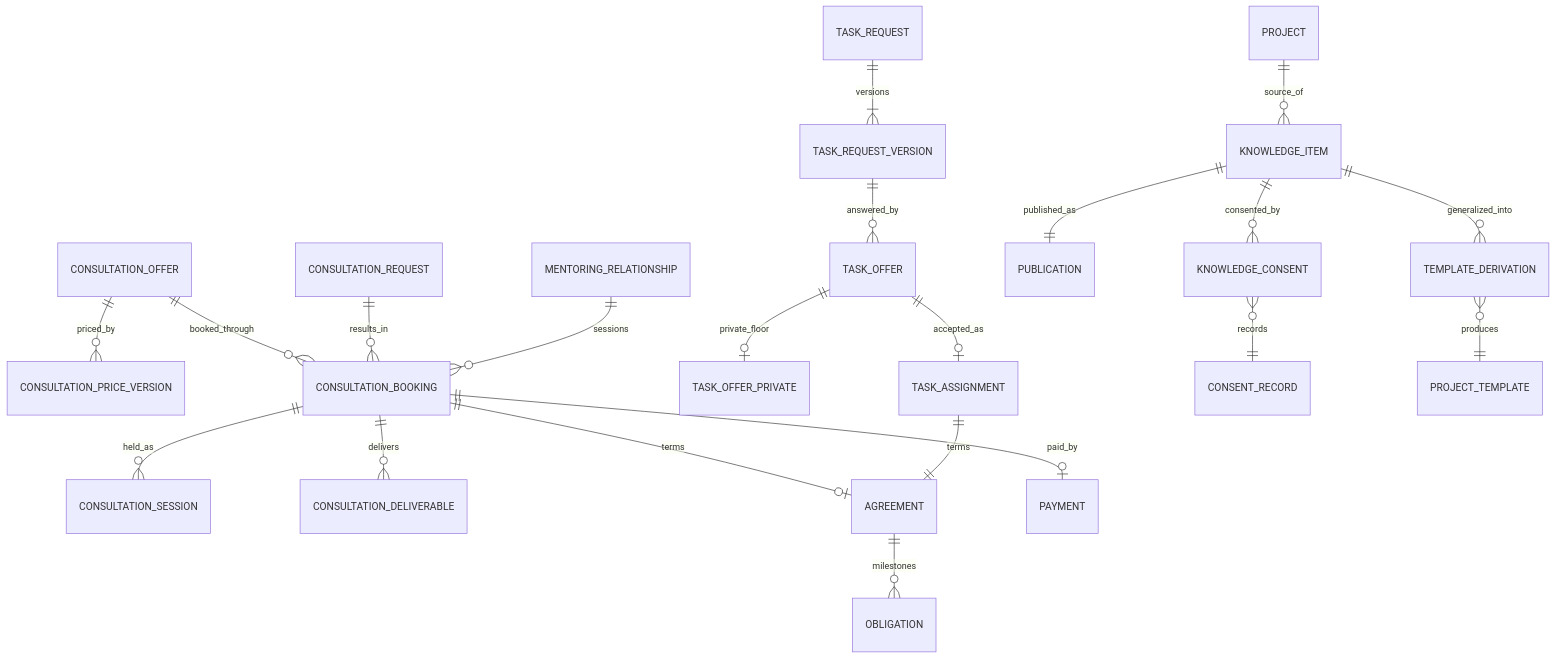
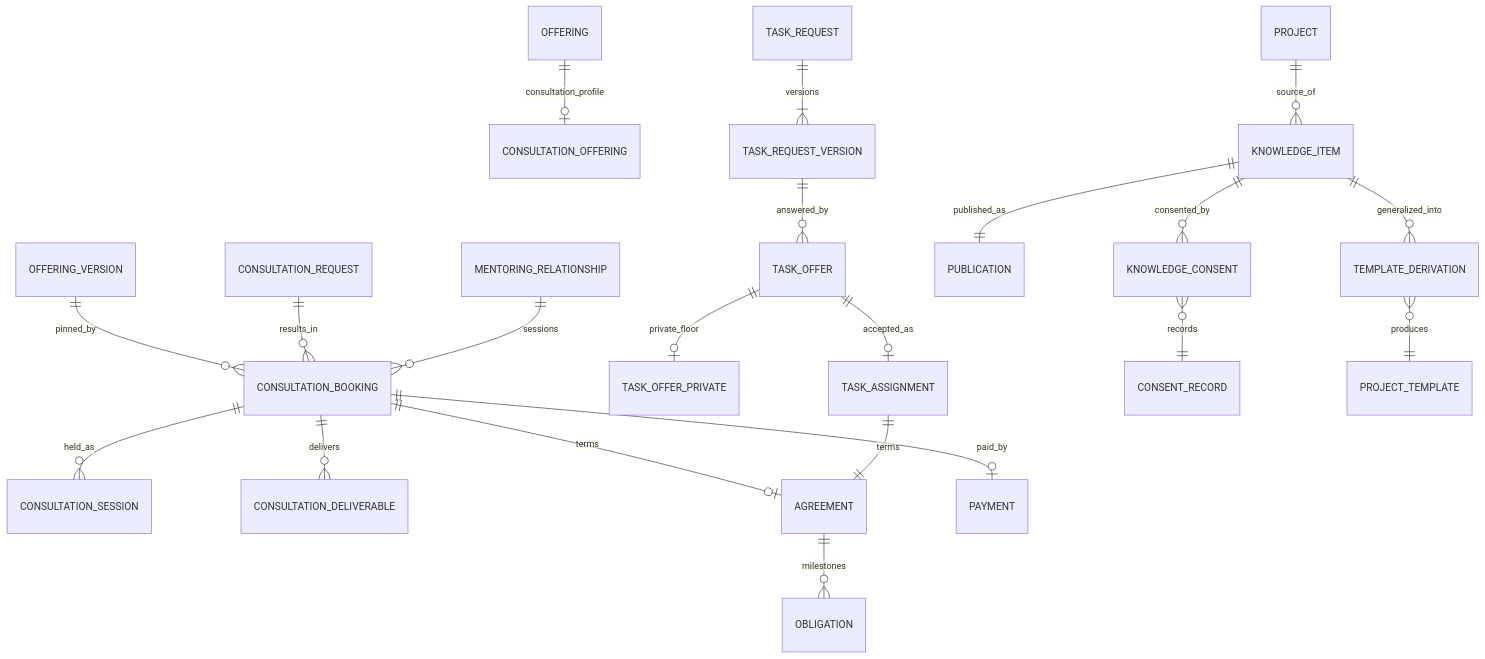
One commit to Contribuda/trustwork changed the fifth of 17 diagrams in docs/data/er-diagrams.md. Above: the diagram before and after it, drawn with Mermaid. The commit also changed other lines of this file and 4 other files, not shown here.

````diff
--- a/docs/data/er-diagrams.md
+++ b/docs/data/er-diagrams.md
@@ -133,23 +133,23 @@
 ```mermaid
 erDiagram
-  CONSULTATION_OFFER ||--o{ CONSULTATION_PRICE_VERSION : priced_by
-  CONSULTATION_OFFER ||--o{ CONSULTATION_BOOKING : booked_through
+  OFFERING ||--o| CONSULTATION_OFFERING : consultation_profile
+  OFFERING_VERSION ||--o{ CONSULTATION_BOOKING : pinned_by
   CONSULTATION_REQUEST ||--o{ CONSULTATION_BOOKING : results_in
   CONSULTATION_BOOKING ||--o{ CONSULTATION_SESSION : held_as
   CONSULTATION_BOOKING ||--o{ CONSULTATION_DELIVERABLE : delivers
   CONSULTATION_BOOKING ||--o| AGREEMENT : terms
   CONSULTATION_BOOKING ||--o| PAYMENT : paid_by
   TASK_REQUEST ||--|{ TASK_REQUEST_VERSION : versions
   TASK_REQUEST_VERSION ||--o{ TASK_OFFER : answered_by
   TASK_OFFER ||--o| TASK_OFFER_PRIVATE : private_floor
   TASK_OFFER ||--o| TASK_ASSIGNMENT : accepted_as
   TASK_ASSIGNMENT ||--|| AGREEMENT : terms
   AGREEMENT ||--o{ OBLIGATION : milestones
   MENTORING_RELATIONSHIP ||--o{ CONSULTATION_BOOKING : sessions
   PROJECT ||--o{ KNOWLEDGE_ITEM : source_of
   KNOWLEDGE_ITEM ||--|| PUBLICATION : published_as
   KNOWLEDGE_ITEM ||--o{ KNOWLEDGE_CONSENT : consented_by
   KNOWLEDGE_CONSENT }o--|| CONSENT_RECORD : records
   KNOWLEDGE_ITEM ||--o{ TEMPLATE_DERIVATION : generalized_into
   TEMPLATE_DERIVATION }o--|| PROJECT_TEMPLATE : produces
 ```
````
